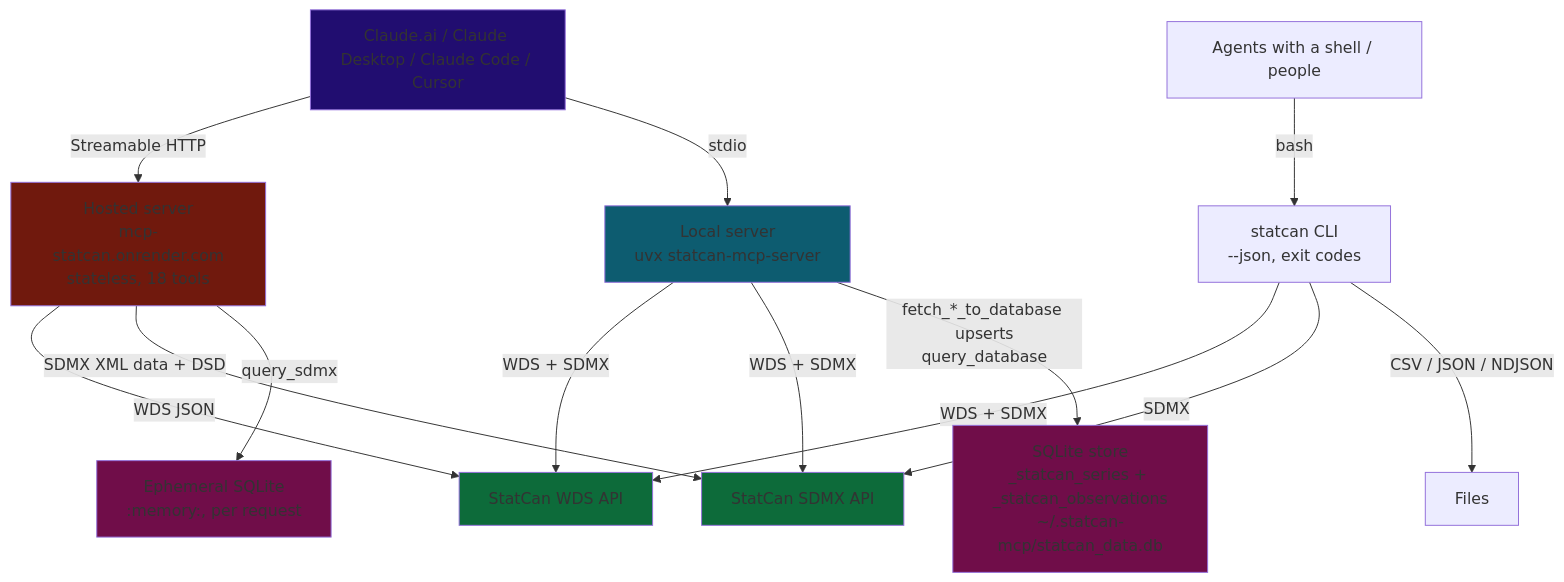
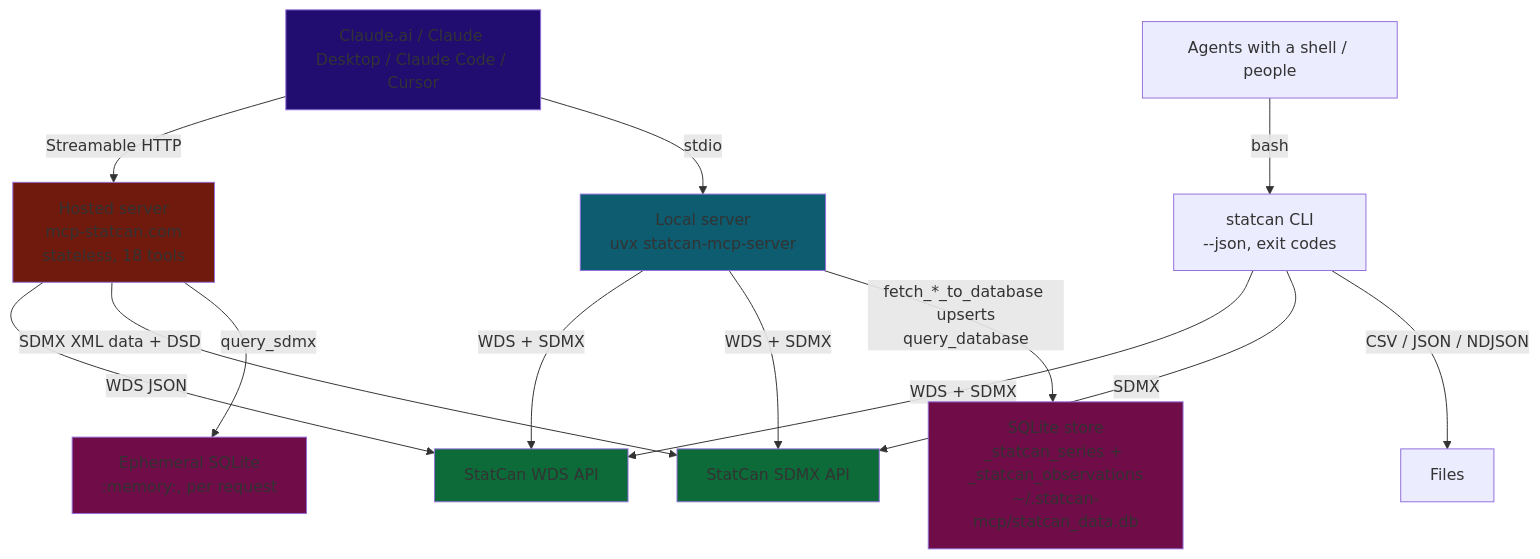
Before and after one commit to Aryan-Jhaveri/mcp-statcan: the diagram in IMPLEMENTATIONS.md, drawn with Mermaid. The commit also changed other lines of this file and 4 other files, not shown here.

First line of the commit message:
chore: serve MCP server at mcp-statcan.com custom domain (#117)

````diff
--- a/IMPLEMENTATIONS.md
+++ b/IMPLEMENTATIONS.md
@@ -175,26 +175,26 @@
 ```mermaid
 flowchart TD
-    A[Claude.ai / Claude Desktop / Claude Code / Cursor] -->|Streamable HTTP| B["Hosted server\nmcp-statcan.onrender.com\nstateless, 18 tools"]
+    A[Claude.ai / Claude Desktop / Claude Code / Cursor] -->|Streamable HTTP| B["Hosted server\nmcp-statcan.com\nstateless, 18 tools"]
     A -->|stdio| L["Local server\nuvx statcan-mcp-server"]
     T[Agents with a shell / people] -->|bash| C["statcan CLI\n--json, exit codes"]
 
     B -->|WDS JSON| D[StatCan WDS API]
     B -->|SDMX XML data + DSD| S[StatCan SDMX API]
     B -->|query_sdmx| M["Ephemeral SQLite\n:memory:, per request"]
 
     L -->|WDS + SDMX| D
     L -->|WDS + SDMX| S
     L -->|fetch_*_to_database upserts\nquery_database| E["SQLite store\n_statcan_series + _statcan_observations\n~/.statcan-mcp/statcan_data.db"]
 
     C -->|WDS + SDMX| D
     C -->|SDMX| S
     C -->|CSV / JSON / NDJSON| F[Files]
 
     style A fill:#210d70
     style B fill:#70190d
     style L fill:#0d5c70
     style E fill:#700d49
     style M fill:#700d49
     style S fill:#0d6b3a
     style D fill:#0d6b3a
 ```
````
